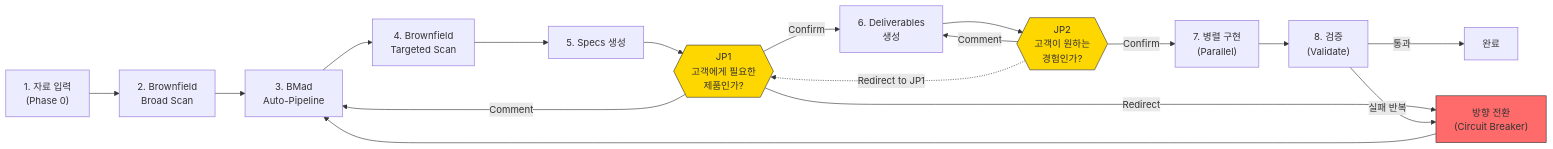
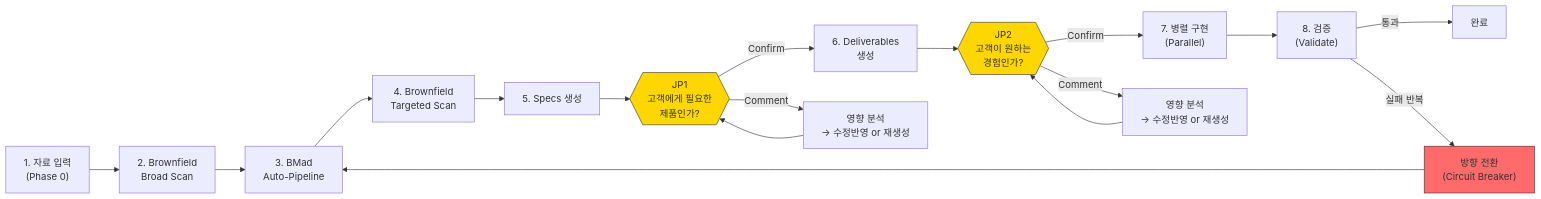
Before and after one commit to kangminlee-maker/jdd-sprint-kit: the diagram in docs/blueprint.md, drawn with Mermaid. The commit also changed other lines of this file and 2 other files, not shown here.

First line of the commit message:
docs: blueprint.md 최신 커밋 반영 — Prism→MSW, JP Confirm/Comment 2택, Scope Gate deliverables

````diff
--- a/docs/blueprint.md
+++ b/docs/blueprint.md
@@ -14,23 +18,23 @@
 ```mermaid
 flowchart LR
     A["1. 자료 입력\n(Phase 0)"] --> B["2. Brownfield\nBroad Scan"]
     B --> C["3. BMad\nAuto-Pipeline"]
     C --> D["4. Brownfield\nTargeted Scan"]
     D --> E["5. Specs 생성"]
     E --> JP1{{"JP1\n고객에게 필요한\n제품인가?"}}
     JP1 -->|Confirm| F["6. Deliverables\n생성"]
-    JP1 -->|Comment| C
-    JP1 -->|Redirect| CB
+    JP1 -->|Comment| JP1_FB["영향 분석\n→ 수정반영 or 재생성"]
+    JP1_FB --> JP1
     F --> JP2{{"JP2\n고객이 원하는\n경험인가?"}}
     JP2 -->|Confirm| G["7. 병렬 구현\n(Parallel)"]
-    JP2 -->|Comment| F
-    JP2 -.->|Redirect to JP1| JP1
+    JP2 -->|Comment| JP2_FB["영향 분석\n→ 수정반영 or 재생성"]
+    JP2_FB --> JP2
     G --> H["8. 검증\n(Validate)"]
     H -->|통과| I["완료"]
     H -->|실패 반복| CB["방향 전환\n(Circuit Breaker)"]
     CB --> C
 
     style JP1 fill:#FFD700,stroke:#333
     style JP2 fill:#FFD700,stroke:#333
     style CB fill:#FF6B6B,stroke:#333
 ```
````
